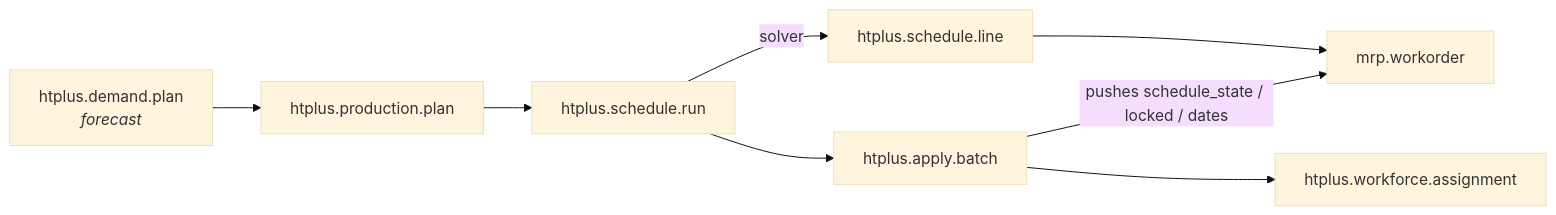
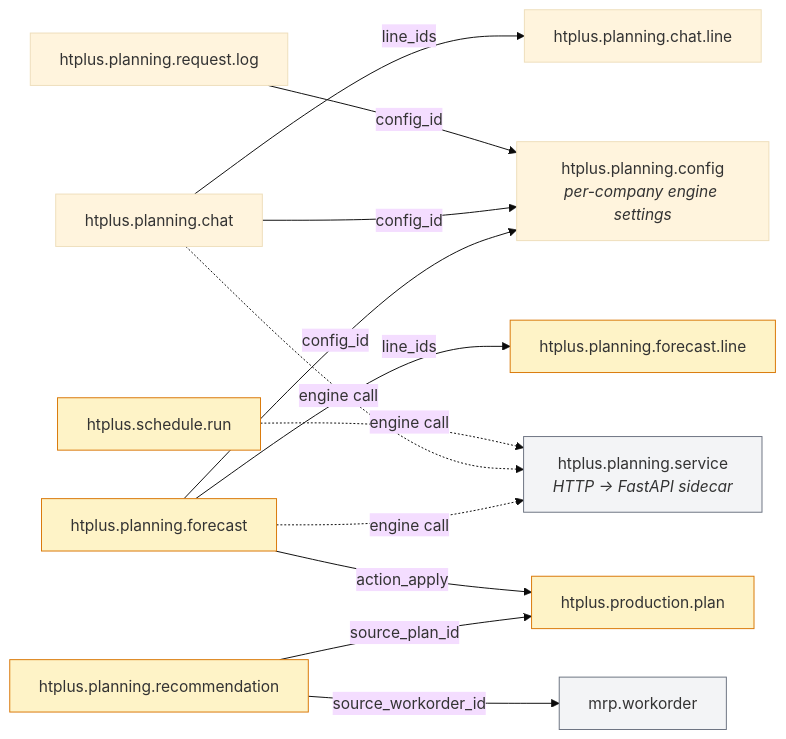
Before and after one commit to batd-htplus/odoo-lib: the fifth of 5 diagrams in README.md, drawn with Mermaid (base theme). The commit also changed other lines of this file, not shown here.

Commit message:
docs(readme): detail domain diagrams to field-level, 5 mermaid charts

````diff
--- a/README.md
+++ b/README.md
@@ -83,18 +207,29 @@
 ```mermaid
 graph LR
-    DP["htplus.demand.plan<br/><i>forecast</i>"]
-    PP["htplus.production.plan"]
-    SR["htplus.schedule.run"]
-    SL["htplus.schedule.line"]
-    WO["mrp.workorder"]
-    AB["htplus.apply.batch"]
-    WA["htplus.workforce.assignment"]
+    Config["htplus.planning.config<br/><i>per-company engine settings</i>"]
+    Forecast["htplus.planning.forecast"]:::scope
+    FL["htplus.planning.forecast.line"]:::scope
+    Rec["htplus.planning.recommendation"]:::scope
+    Log["htplus.planning.request.log"]
+    Chat["htplus.planning.chat"]
+    ChatL["htplus.planning.chat.line"]
+    WO["mrp.workorder"]:::odoo
+    PP["htplus.production.plan"]:::scope
 
-    DP --> PP
-    PP --> SR
-    SR -- solver --> SL
-    SL --> WO
-    SR --> AB
-    AB -- pushes schedule_state / locked / dates --> WO
-    AB --> WA
+    Forecast -- config_id --> Config
+    Forecast -- line_ids --> FL
+    Chat -- config_id --> Config
+    Chat -- line_ids --> ChatL
+    Log -- config_id --> Config
+    Rec -- source_workorder_id --> WO
+    Rec -- source_plan_id --> PP
+    Forecast -- action_apply --> PP
+    Service["htplus.planning.service<br/><i>HTTP → FastAPI sidecar</i>"]:::odoo
+    Forecast -. engine call .-> Service
+    Chat -. engine call .-> Service
+    SR["htplus.schedule.run"]:::scope
+    SR -. engine call .-> Service
+
+    classDef scope fill:#fef3c7,stroke:#d97706
+    classDef odoo fill:#f3f4f6,stroke:#6b7280
 ```
````
